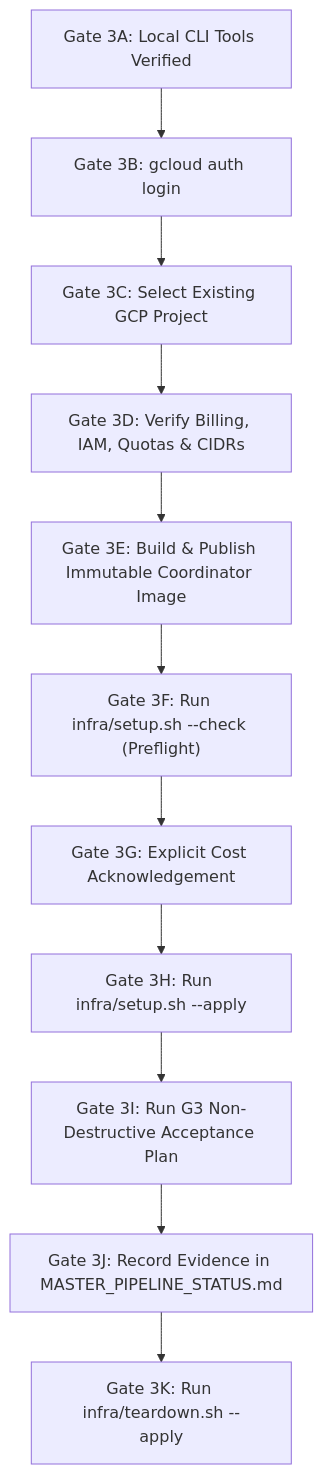
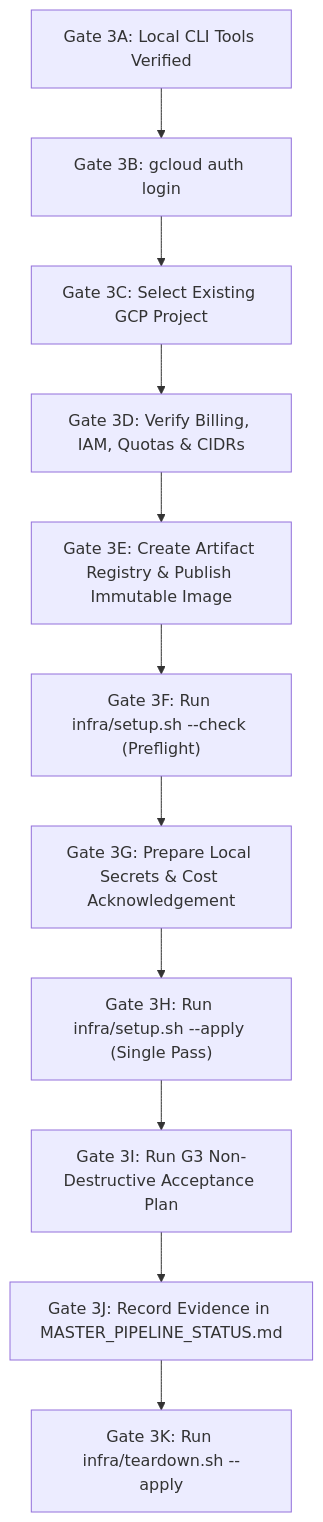
One commit to virajchoudhary/AtlasOps changed the diagram in docs/project/STAGE_3_OPERATOR_GUIDE.md. Above: the diagram before and after it, drawn with Mermaid. The commit also changed other lines of this file and 11 other files, not shown here.

````diff
--- a/docs/project/STAGE_3_OPERATOR_GUIDE.md
+++ b/docs/project/STAGE_3_OPERATOR_GUIDE.md
@@ -68,13 +68,13 @@
 ```mermaid
 flowchart TD
     G3A["Gate 3A: Local CLI Tools Verified"] --> G3B["Gate 3B: gcloud auth login"]
     G3B --> G3C["Gate 3C: Select Existing GCP Project"]
     G3C --> G3D["Gate 3D: Verify Billing, IAM, Quotas & CIDRs"]
-    G3D --> G3E["Gate 3E: Build & Publish Immutable Coordinator Image"]
+    G3D --> G3E["Gate 3E: Create Artifact Registry & Publish Immutable Image"]
     G3E --> G3F["Gate 3F: Run infra/setup.sh --check (Preflight)"]
-    G3F --> G3G["Gate 3G: Explicit Cost Acknowledgement"]
-    G3G --> G3H["Gate 3H: Run infra/setup.sh --apply"]
+    G3F --> G3G["Gate 3G: Prepare Local Secrets & Cost Acknowledgement"]
+    G3G --> G3H["Gate 3H: Run infra/setup.sh --apply (Single Pass)"]
     G3H --> G3I["Gate 3I: Run G3 Non-Destructive Acceptance Plan"]
     G3I --> G3J["Gate 3J: Record Evidence in MASTER_PIPELINE_STATUS.md"]
     G3J --> G3K["Gate 3K: Run infra/teardown.sh --apply"]
 ```
````
